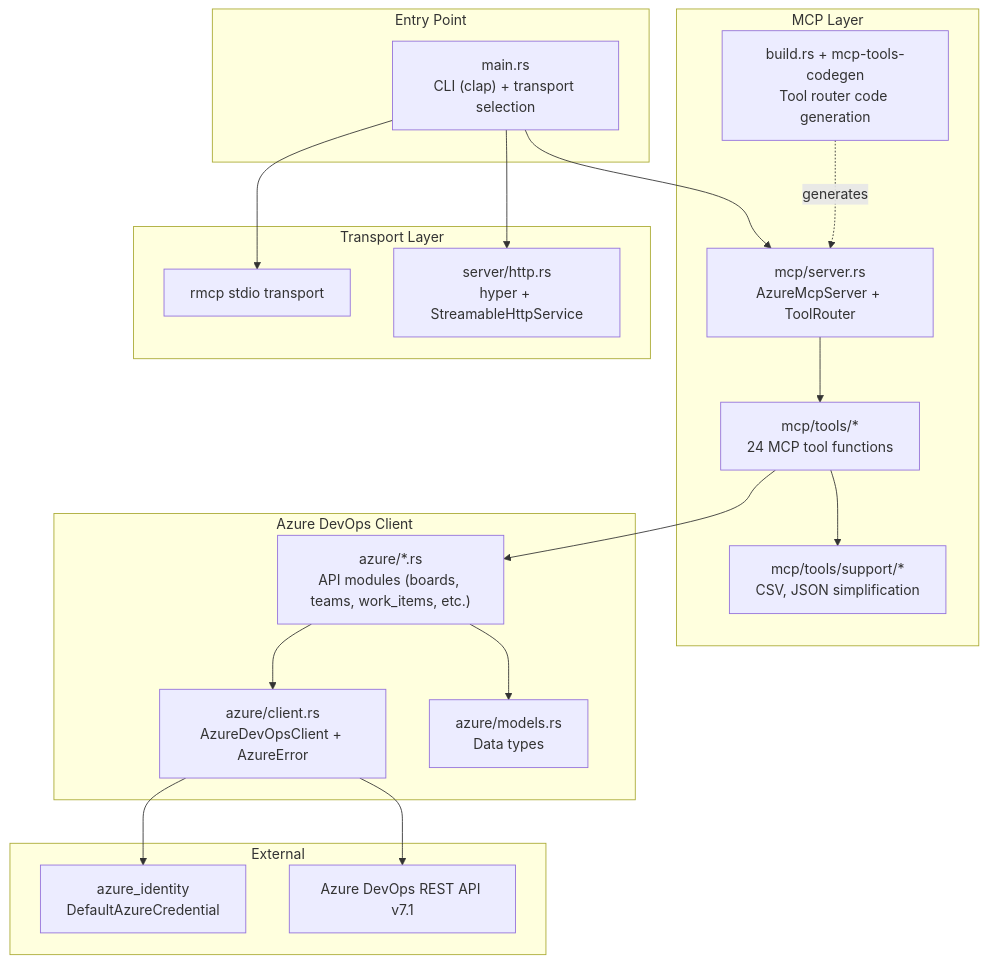
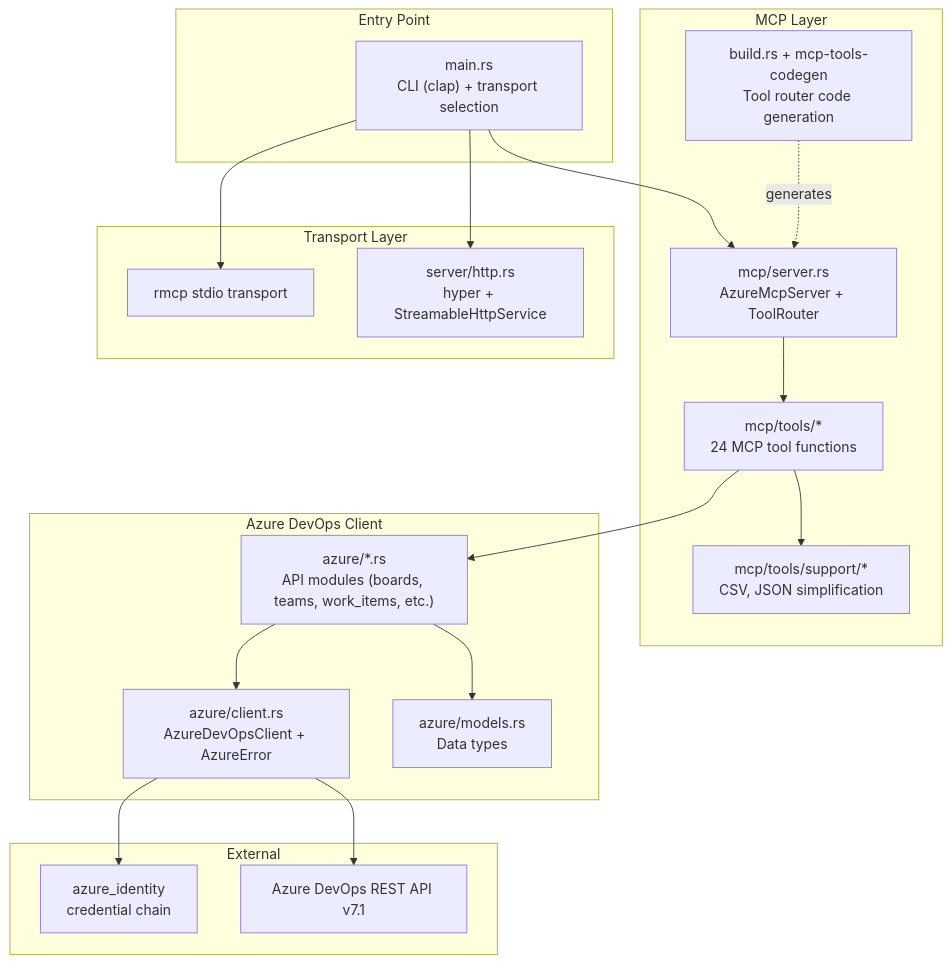
One commit to danielealbano/mcp-for-azure-devops-boards changed the second of 5 diagrams in docs/ARCHITECTURE.md. Above: the diagram before and after it, drawn with Mermaid. The commit also changed other lines of this file and 9 other files, not shown here.

````diff
--- a/docs/ARCHITECTURE.md
+++ b/docs/ARCHITECTURE.md
@@ -88,41 +88,41 @@
 ```mermaid
 graph TD
     subgraph "Entry Point"
         MAIN["main.rs<br/>CLI (clap) + transport selection"]
     end
 
     subgraph "MCP Layer"
         SERVER["mcp/server.rs<br/>AzureMcpServer + ToolRouter"]
         TOOLS["mcp/tools/*<br/>24 MCP tool functions"]
         SUPPORT["mcp/tools/support/*<br/>CSV, JSON simplification"]
         CODEGEN["build.rs + mcp-tools-codegen<br/>Tool router code generation"]
     end
 
     subgraph "Transport Layer"
         STDIO["rmcp stdio transport"]
         HTTP["server/http.rs<br/>hyper + StreamableHttpService"]
     end
 
     subgraph "Azure DevOps Client"
         CLIENT["azure/client.rs<br/>AzureDevOpsClient + AzureError"]
         API["azure/*.rs<br/>API modules (boards, teams, work_items, etc.)"]
         MODELS["azure/models.rs<br/>Data types"]
     end
 
     subgraph "External"
-        AUTH["azure_identity<br/>DefaultAzureCredential"]
+        AUTH["azure_identity<br/>credential chain"]
         AZDO["Azure DevOps REST API v7.1"]
     end
 
     MAIN --> SERVER
     MAIN --> STDIO
     MAIN --> HTTP
     SERVER --> TOOLS
     TOOLS --> SUPPORT
     TOOLS --> API
     CODEGEN -.->|generates| SERVER
     API --> CLIENT
     API --> MODELS
     CLIENT --> AUTH
     CLIENT --> AZDO
 ```
````
